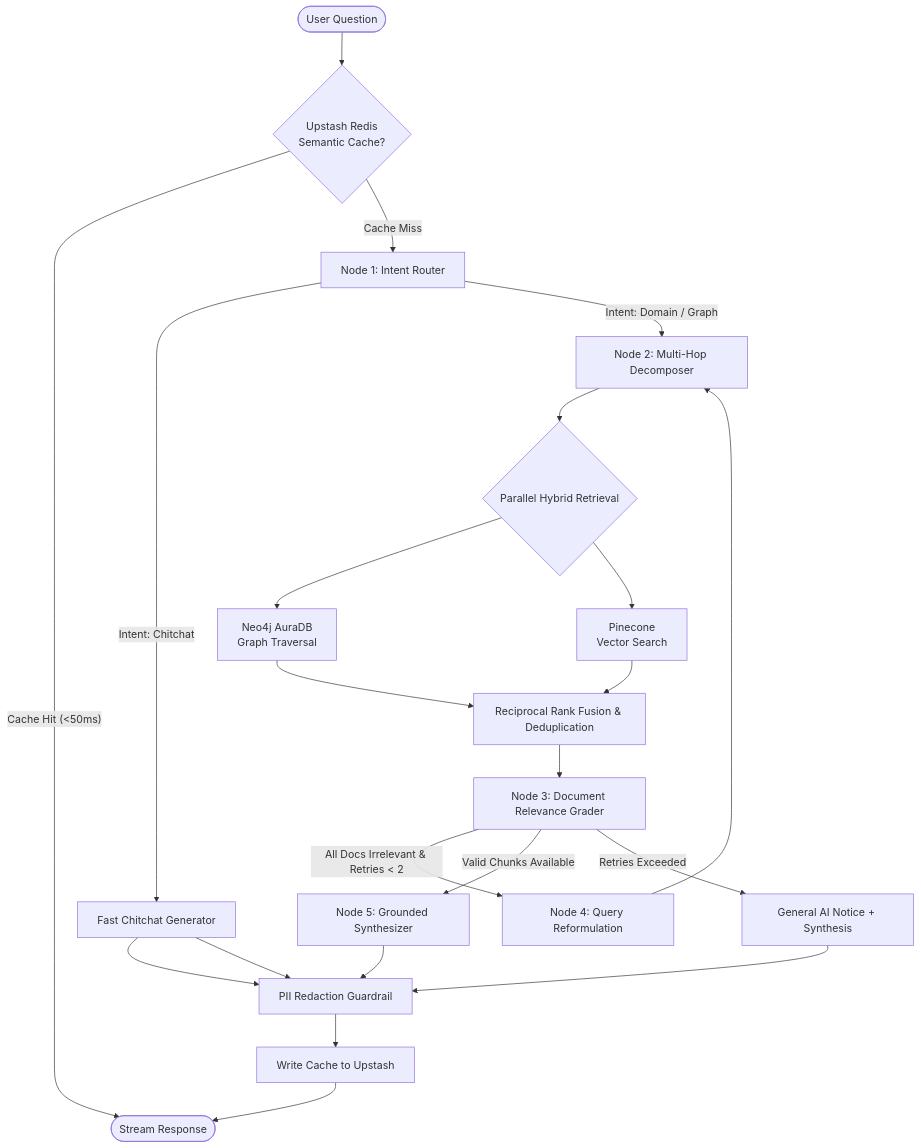
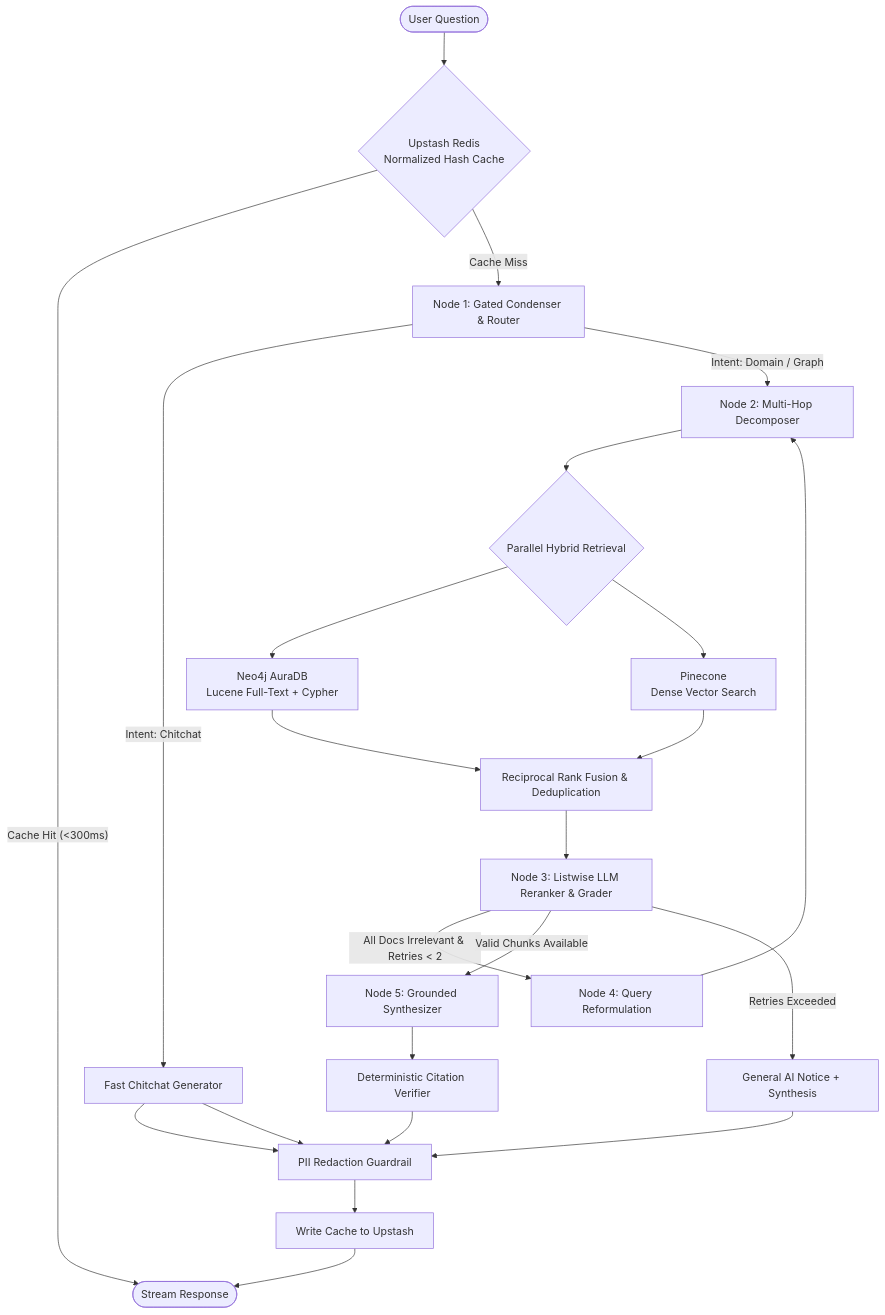
The diagram in ARCHITECTURE.md (Dilip-Bhakadiwal/enterprise-rag-agent), drawn with Mermaid before and after one commit. The commit also changed other lines of this file and 4 other files, not shown here.

Commit message:
feat(rag): implement fulltext Lucene indexing, listwise reranking, multi-turn condensation, citation verification, and doc injection defenses

````diff
--- a/ARCHITECTURE.md
+++ b/ARCHITECTURE.md
@@ -63,31 +66,32 @@
 ```mermaid
 flowchart TD
-    Start([User Question]) --> CacheCheck{Upstash Redis<br/>Semantic Cache?}
-    CacheCheck -- Cache Hit (<50ms) --> ClientResponse([Stream Response])
-    CacheCheck -- Cache Miss --> RouterNode[Node 1: Intent Router]
+    Start([User Question]) --> CacheCheck{Upstash Redis<br/>Normalized Hash Cache}
+    CacheCheck -- Cache Hit (<300ms) --> ClientResponse([Stream Response])
+    CacheCheck -- Cache Miss --> RouterNode[Node 1: Gated Condenser & Router]
 
     RouterNode -- Intent: Chitchat --> ChitchatSynth[Fast Chitchat Generator] --> PIIFilter
     RouterNode -- Intent: Domain / Graph --> DecomposerNode[Node 2: Multi-Hop Decomposer]
 
     DecomposerNode --> ParallelRetrieval{Parallel Hybrid Retrieval}
-    ParallelRetrieval --> Neo4jRetrieval[Neo4j AuraDB<br/>Graph Traversal]
-    ParallelRetrieval --> PineconeRetrieval[Pinecone<br/>Vector Search]
+    ParallelRetrieval --> Neo4jRetrieval[Neo4j AuraDB<br/>Lucene Full-Text + Cypher]
+    ParallelRetrieval --> PineconeRetrieval[Pinecone<br/>Dense Vector Search]
 
     Neo4jRetrieval --> RRF[Reciprocal Rank Fusion & Deduplication]
     PineconeRetrieval --> RRF
 
-    RRF --> GraderNode[Node 3: Document Relevance Grader]
+    RRF --> GraderNode[Node 3: Listwise LLM Reranker & Grader]
 
     GraderNode -- All Docs Irrelevant & Retries < 2 --> RewriterNode[Node 4: Query Reformulation]
     RewriterNode --> DecomposerNode
 
     GraderNode -- Valid Chunks Available --> SynthesizerNode[Node 5: Grounded Synthesizer]
     GraderNode -- Retries Exceeded --> FallbackNode[General AI Notice + Synthesis]
 
-    SynthesizerNode --> PIIFilter[PII Redaction Guardrail]
+    SynthesizerNode --> CitationVerifier[Deterministic Citation Verifier]
+    CitationVerifier --> PIIFilter[PII Redaction Guardrail]
     FallbackNode --> PIIFilter
     ChitchatSynth --> PIIFilter
 
     PIIFilter --> CacheWrite[Write Cache to Upstash]
     CacheWrite --> ClientResponse
 ```
````
